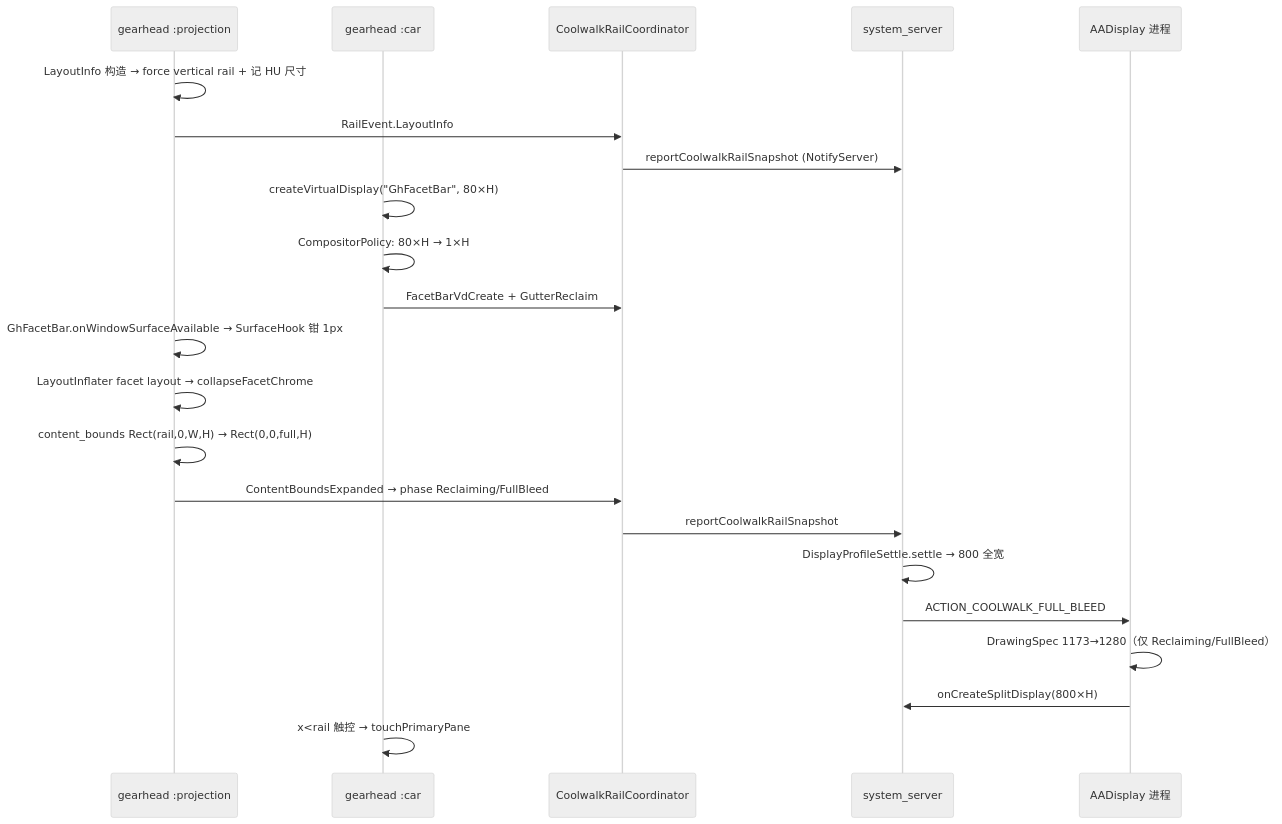
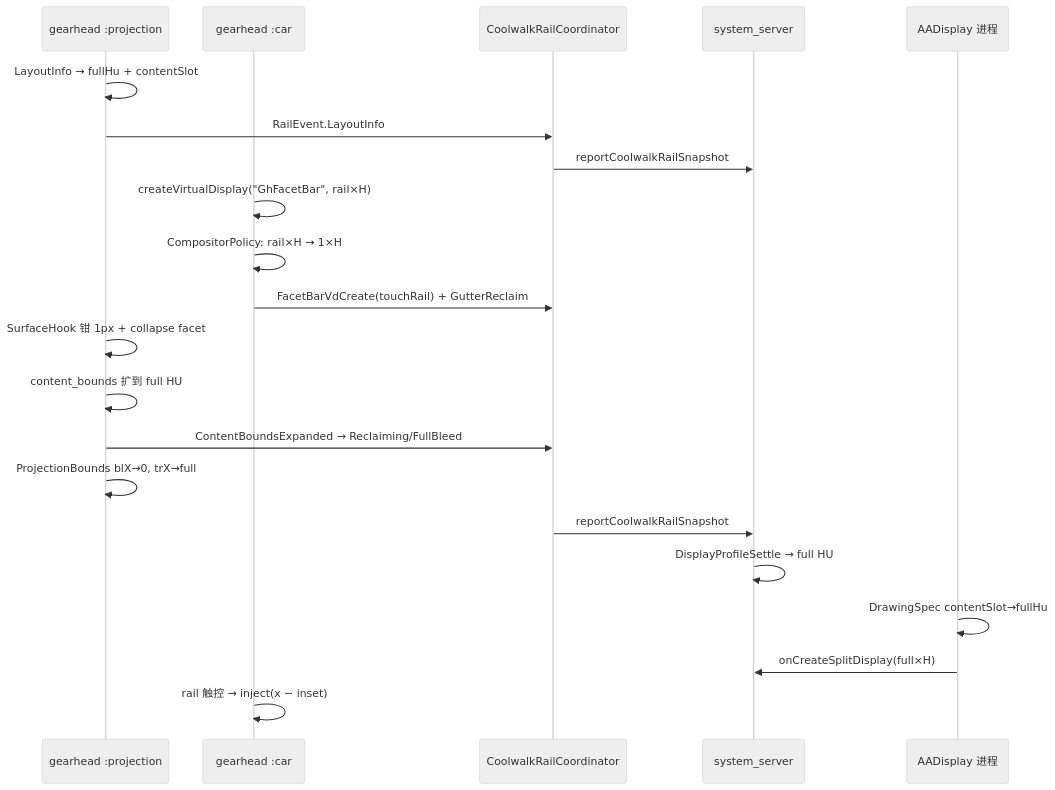
The diagram in docs/COOLWALK_FACETBAR.md (lagXkjy/AADisplay), drawn with Mermaid (neutral theme) before and after one commit. The commit also changed other lines of this file, not shown here.

````diff
--- a/docs/COOLWALK_FACETBAR.md
+++ b/docs/COOLWALK_FACETBAR.md
@@ -45,25 +58,24 @@
 ```mermaid
 sequenceDiagram
     participant AA as gearhead :projection
     participant Car as gearhead :car
     participant Coord as CoolwalkRailCoordinator
     participant SS as system_server
     participant AAD as AADisplay 进程
 
-    AA->>AA: LayoutInfo 构造 → force vertical rail + 记 HU 尺寸
+    AA->>AA: LayoutInfo → fullHu + contentSlot
     AA->>Coord: RailEvent.LayoutInfo
-    Coord->>SS: reportCoolwalkRailSnapshot (NotifyServer)
-    Car->>Car: createVirtualDisplay("GhFacetBar", 80×H)
-    Car->>Car: CompositorPolicy: 80×H → 1×H
-    Car->>Coord: FacetBarVdCreate + GutterReclaim
-    AA->>AA: GhFacetBar.onWindowSurfaceAvailable → SurfaceHook 钳 1px
-    AA->>AA: LayoutInflater facet layout → collapseFacetChrome
-    AA->>AA: content_bounds Rect(rail,0,W,H) → Rect(0,0,full,H)
-    AA->>Coord: ContentBoundsExpanded → phase Reclaiming/FullBleed
     Coord->>SS: reportCoolwalkRailSnapshot
-    SS->>SS: DisplayProfileSettle.settle → 800 全宽
-    SS->>AAD: ACTION_COOLWALK_FULL_BLEED
-    AAD->>AAD: DrawingSpec 1173→1280（仅 Reclaiming/FullBleed）
-    AAD->>SS: onCreateSplitDisplay(800×H)
-    Car->>Car: x<rail 触控 → touchPrimaryPane
+    Car->>Car: createVirtualDisplay("GhFacetBar", rail×H)
+    Car->>Car: CompositorPolicy: rail×H → 1×H
+    Car->>Coord: FacetBarVdCreate(touchRail) + GutterReclaim
+    AA->>AA: SurfaceHook 钳 1px + collapse facet
+    AA->>AA: content_bounds 扩到 full HU
+    AA->>Coord: ContentBoundsExpanded → Reclaiming/FullBleed
+    AA->>AA: ProjectionBounds blX→0, trX→full
+    Coord->>SS: reportCoolwalkRailSnapshot
+    SS->>SS: DisplayProfileSettle → full HU
+    AAD->>AAD: DrawingSpec contentSlot→fullHu
+    AAD->>SS: onCreateSplitDisplay(full×H)
+    Car->>Car: rail 触控 → inject(x − inset)
 ```
````
